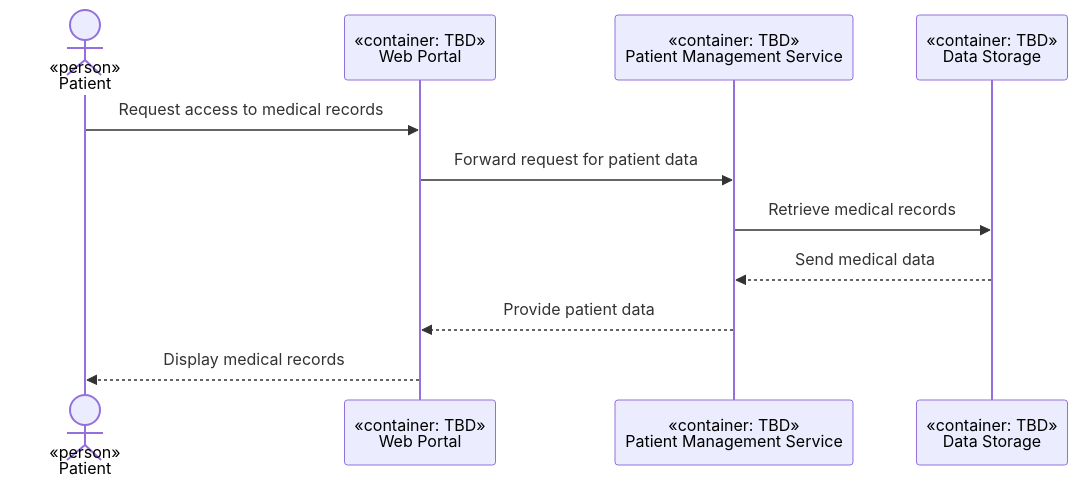
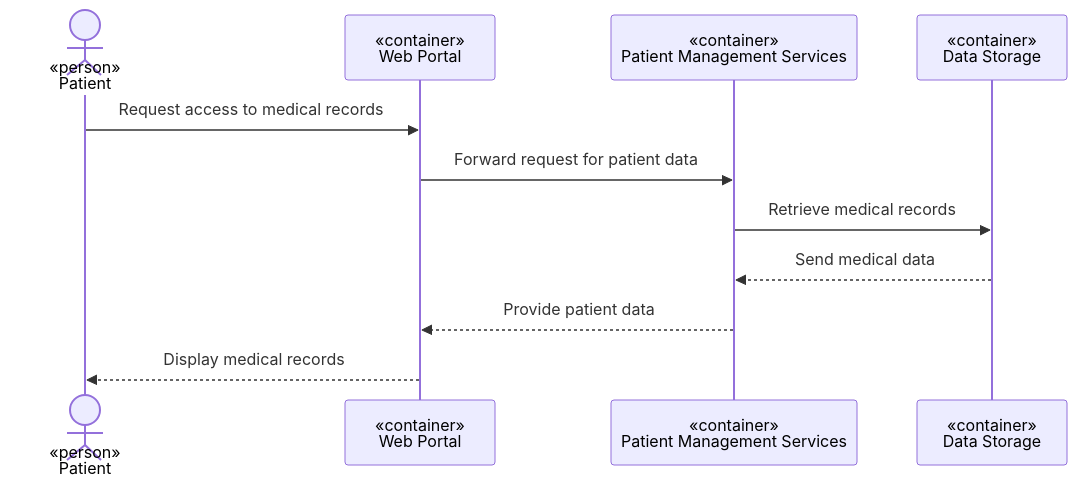
Before and after one commit to iugori/pulse-patrol: the third of 12 diagrams in docs/ARD-v2.1.md, drawn with Mermaid. The commit also changed other lines of this file and 2 other files, not shown here.

````diff
--- a/docs/ARD-v2.1.md
+++ b/docs/ARD-v2.1.md
@@ -380,14 +382,14 @@
 ```mermaid
 sequenceDiagram
     actor P as «person»<br/>Patient<br/>
-    participant WP as «container: TBD»<br/>Web Portal
-    participant PMS as «container: TBD»<br/>Patient Management Service
-    participant DS as «container: TBD»<br/>Data Storage
+    participant WP as «container»<br/>Web Portal
+    participant PMS as «container»<br/>Patient Management Services
+    participant DS as «container»<br/>Data Storage
     P ->> WP: Request access to medical records
     WP ->> PMS: Forward request for patient data
     PMS ->> DS: Retrieve medical records
     DS -->> PMS: Send medical data
     PMS -->> WP: Provide patient data
     WP -->> P: Display medical records
 
 ```
````
